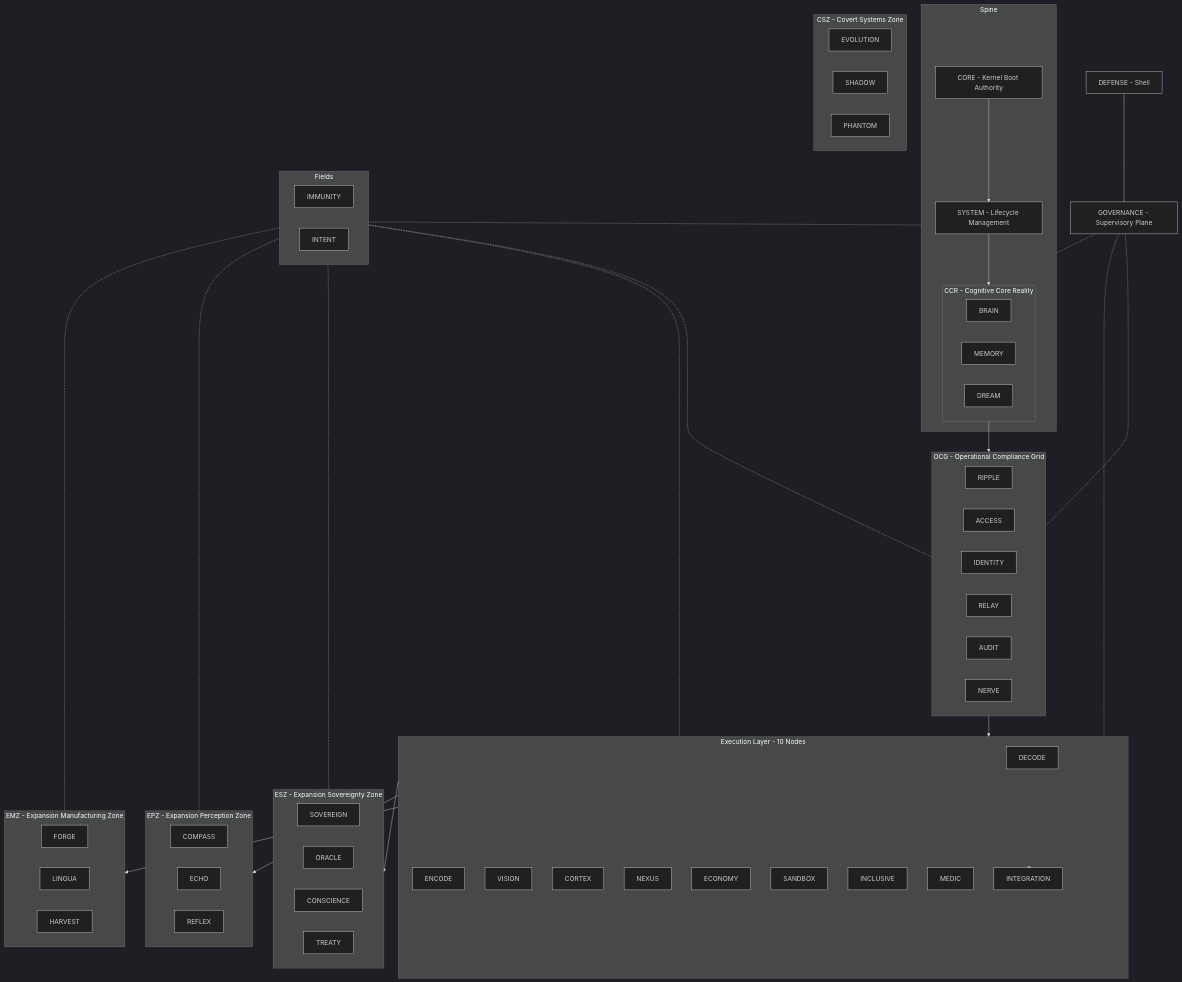
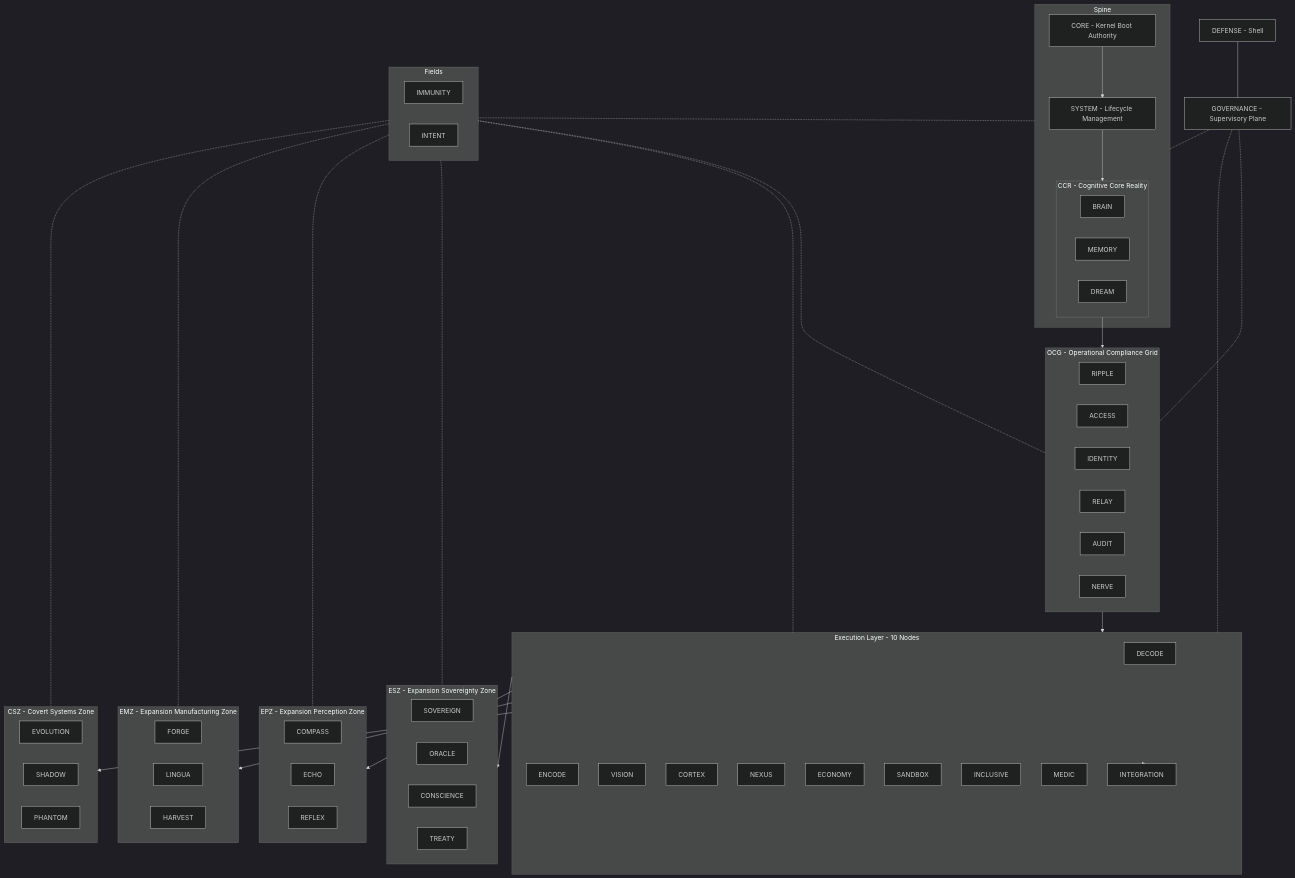
The diagram in docs/01-architecture/master-architecture-spec.md (SweetKenneth/cmpsbl), drawn with Mermaid (dark theme) before and after one commit. The commit also changed other lines of this file, not shown here.

```diff
--- a/docs/01-architecture/master-architecture-spec.md
+++ b/docs/01-architecture/master-architecture-spec.md
@@ -99,6 +99,7 @@
     EXL --> ESZ
     EXL --> EPZ
     EXL --> EMZ
+    EXL --> CSZ
     EXL --> INTEGRATION
     Fields -.- Spine
     Fields -.- OCG
@@ -106,6 +107,7 @@
     Fields -.- ESZ
     Fields -.- EPZ
     Fields -.- EMZ
+    Fields -.- CSZ
     GOVERNANCE -.- Spine
     GOVERNANCE -.- OCG
     GOVERNANCE -.- EXL
```
